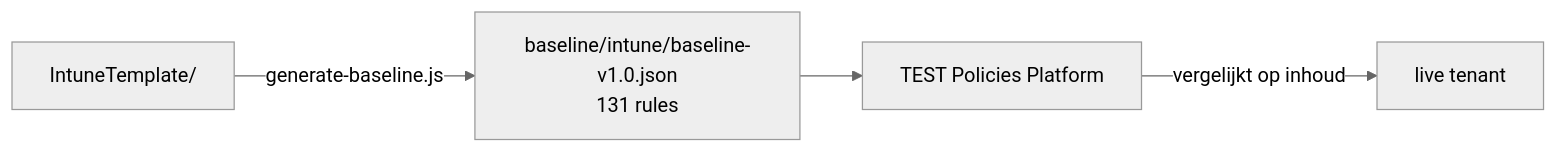
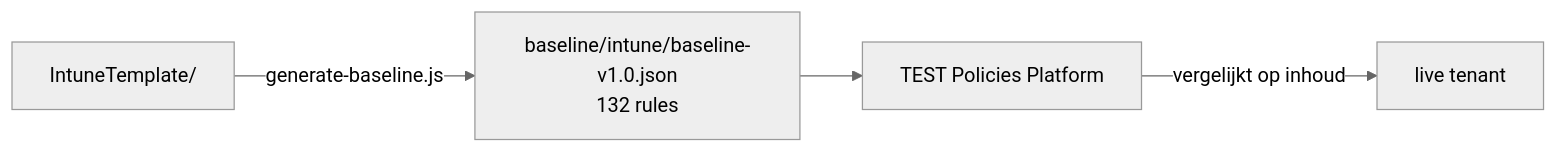
Before and after one commit to sjkanon/IntuneBackup: the diagram in baseline/README.md, drawn with Mermaid (neutral theme). The commit also changed other lines of this file and 293 other files, not shown here.

````diff
--- a/baseline/README.md
+++ b/baseline/README.md
@@ -10,6 +10,6 @@
 ```mermaid
 flowchart LR
-  T["IntuneTemplate/"] -->|generate-baseline.js| B["baseline/intune/baseline-v1.0.json<br/>131 rules"]
+  T["IntuneTemplate/"] -->|generate-baseline.js| B["baseline/intune/baseline-v1.0.json<br/>132 rules"]
   B --> P["TEST Policies Platform"]
   P -->|vergelijkt op inhoud| TEN["live tenant"]
 ```
````
